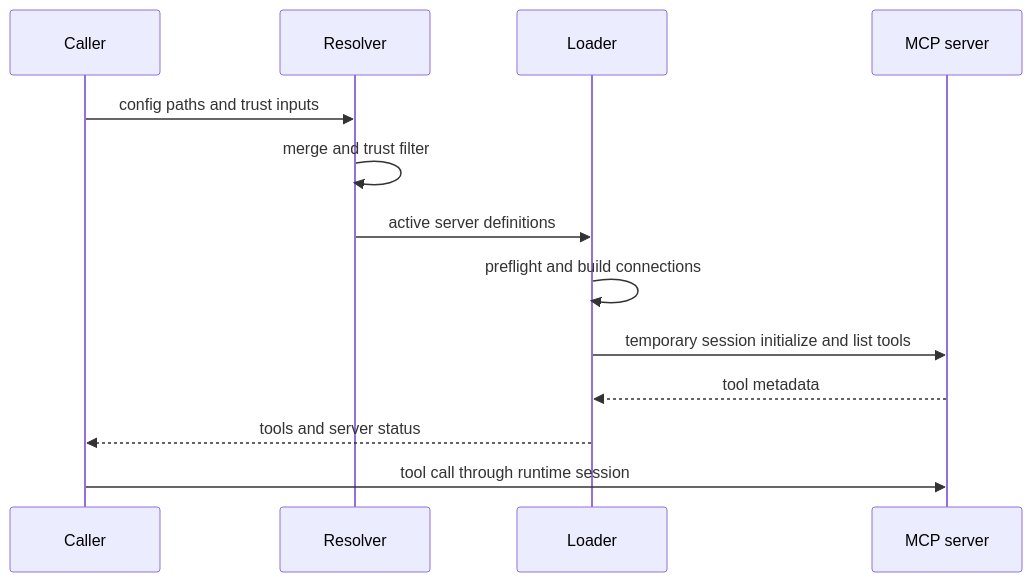
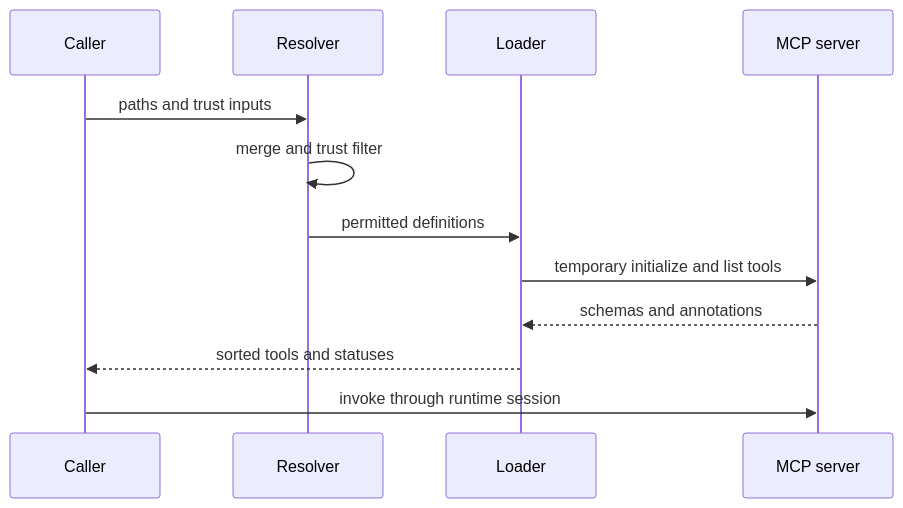
The first of 2 diagrams in openwiki/integrations/mcp.md (jkennedyvz/deepagents), drawn with Mermaid before and after one commit. The commit also changed other lines of this file and 63 other files, not shown here.

````diff
--- a/openwiki/integrations/mcp.md
+++ b/openwiki/integrations/mcp.md
@@ -167,15 +129,14 @@
 ```mermaid
 sequenceDiagram
     participant Caller
     participant Resolver
     participant Loader
     participant Remote as MCP server
-    Caller->>Resolver: config paths and trust inputs
+    Caller->>Resolver: paths and trust inputs
     Resolver->>Resolver: merge and trust filter
-    Resolver->>Loader: active server definitions
-    Loader->>Loader: preflight and build connections
-    Loader->>Remote: temporary session initialize and list tools
-    Remote-->>Loader: tool metadata
-    Loader-->>Caller: tools and server status
-    Caller->>Remote: tool call through runtime session
+    Resolver->>Loader: permitted definitions
+    Loader->>Remote: temporary initialize and list tools
+    Remote-->>Loader: schemas and annotations
+    Loader-->>Caller: sorted tools and statuses
+    Caller->>Remote: invoke through runtime session
 ```
````
